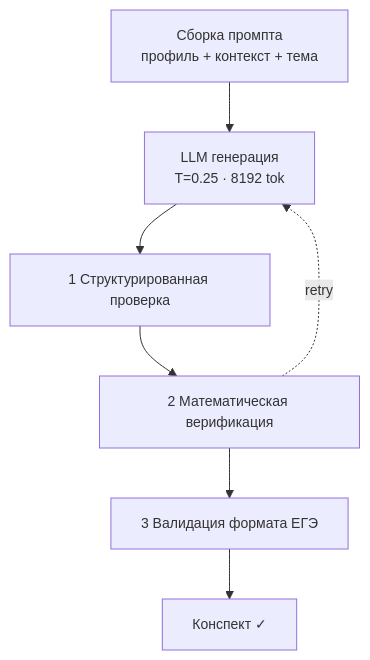
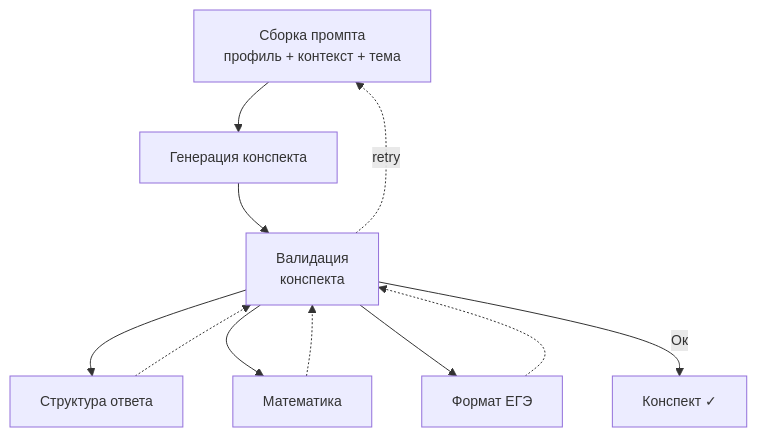
Before and after one commit to KuBaN658/UEAT: the diagram in doc/presentation/diagrams/generation-verify.mmd, drawn with Mermaid. The commit also changed 2 other files, not shown here.

Commit message:
edit diagram

```diff
--- a/doc/presentation/diagrams/generation-verify.mmd
+++ b/doc/presentation/diagrams/generation-verify.mmd
@@ -1,10 +1,19 @@
 %%{init: {'themeVariables': { 'fontSize': '14px'}}}%%
 flowchart TB
   P["Сборка промпта<br/>профиль + контекст + тема"]
-  L["LLM генерация<br/>T=0.25 · 8192 tok"]
-  V1["1 Структурированная проверка"]
-  V2["2 Математическая верификация"]
-  V3["3 Валидация формата ЕГЭ"]
+  L[Генерация конспекта]
+  V[Валидация
+  конспекта]
+  V1["Структура ответа"]
+  V2["Математика"]
+  V3["Формат ЕГЭ"]
   Out["Конспект ✓"]
-  P --> L --> V1 --> V2 --> V3 --> Out
-  V2 -.->|retry| L
+  P --> L --> V
+  V -.->|retry| P
+  V --> V1
+  V1 -.-> V
+  V --> V2
+  V2 -.-> V
+  V --> V3
+  V3 -.-> V
+  V -->|Ок| Out
```
